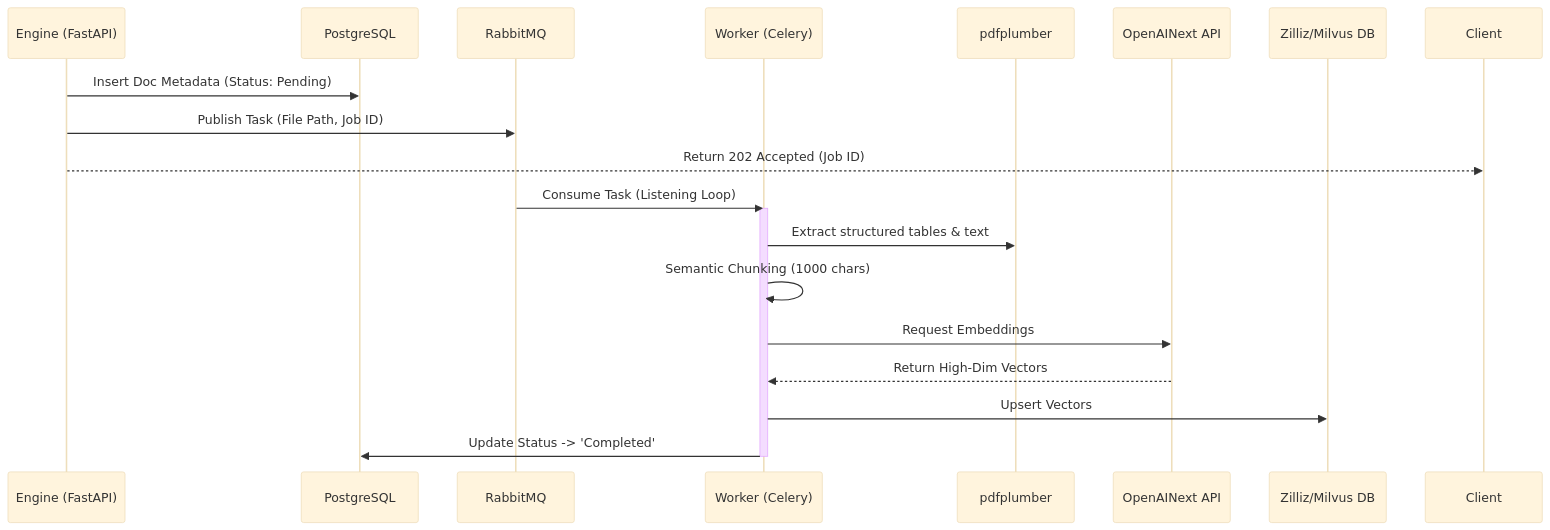
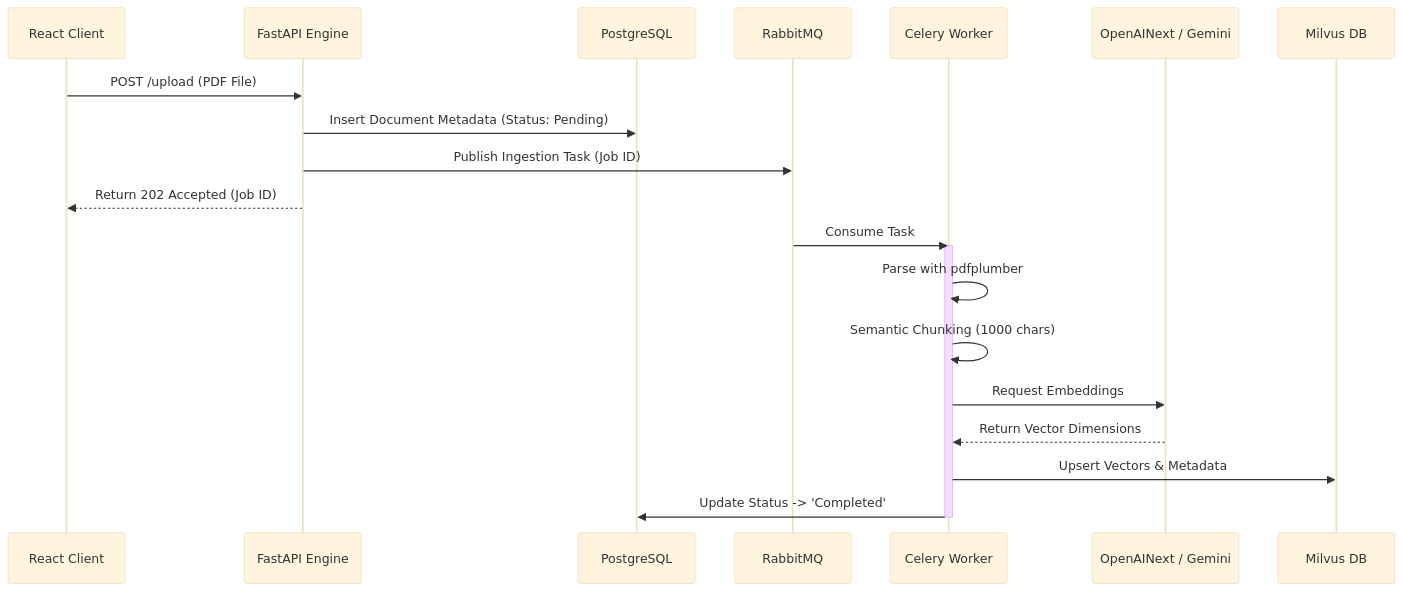
The first of 4 diagrams in README.md (joe-ging/AI_Stock_Analyst_Enterprise), drawn with Mermaid (base theme) before and after one commit. The commit also changed other lines of this file and 1 other file, not shown here.

````diff
--- a/README.md
+++ b/README.md
@@ -61,24 +44,25 @@
 ```mermaid
 sequenceDiagram
-    participant Engine as Engine (FastAPI)
+    participant UI as React Client
+    participant Engine as FastAPI Engine
     participant PG as PostgreSQL
     participant MQ as RabbitMQ
-    participant Worker as Worker (Celery)
-    participant Parser as pdfplumber
-    participant AI as OpenAINext API
-    participant Milvus as Zilliz/Milvus DB
+    participant Worker as Celery Worker
+    participant AI as OpenAINext / Gemini
+    participant Milvus as Milvus DB
     
-    Engine->>PG: Insert Doc Metadata (Status: Pending)
-    Engine->>MQ: Publish Task (File Path, Job ID)
-    Engine-->>Client: Return 202 Accepted (Job ID)
+    UI->>Engine: POST /upload (PDF File)
+    Engine->>PG: Insert Document Metadata (Status: Pending)
+    Engine->>MQ: Publish Ingestion Task (Job ID)
+    Engine-->>UI: Return 202 Accepted (Job ID)
     
-    MQ->>Worker: Consume Task (Listening Loop)
+    MQ->>Worker: Consume Task
     activate Worker
-    Worker->>Parser: Extract structured tables & text
+    Worker->>Worker: Parse with pdfplumber
     Worker->>Worker: Semantic Chunking (1000 chars)
     Worker->>AI: Request Embeddings
-    AI-->>Worker: Return High-Dim Vectors
-    Worker->>Milvus: Upsert Vectors
+    AI-->>Worker: Return Vector Dimensions
+    Worker->>Milvus: Upsert Vectors & Metadata
     Worker->>PG: Update Status -> 'Completed'
     deactivate Worker
 ```
````
